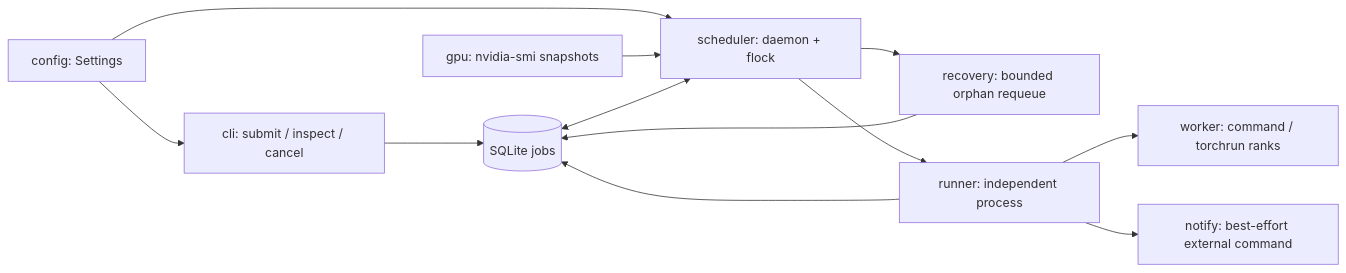
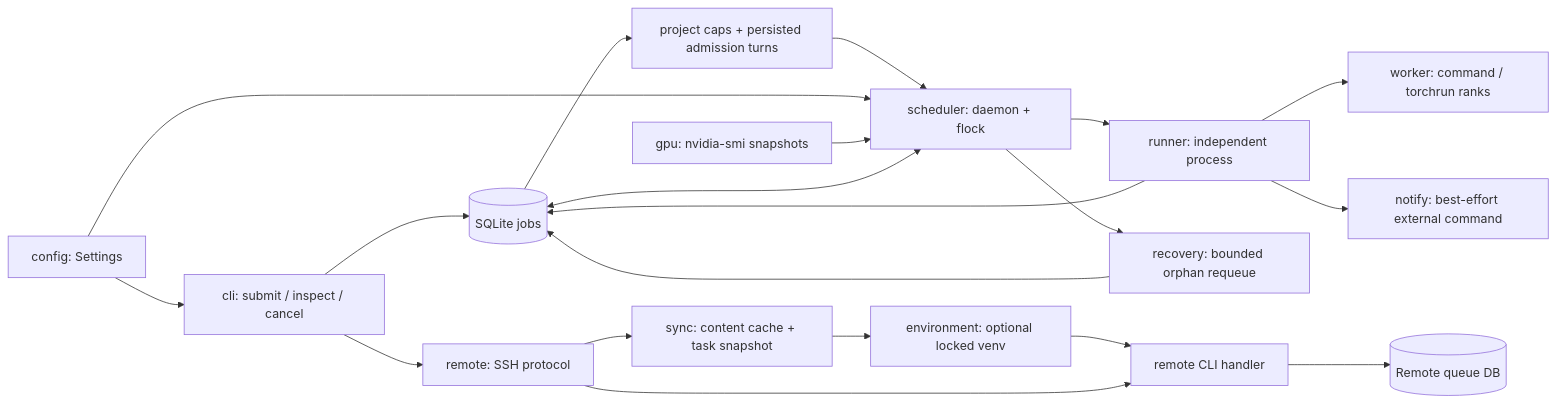
Before and after one commit to lzy248/gpuq: the diagram in docs/README.md, drawn with Mermaid. The commit also changed other lines of this file and 42 other files, not shown here.

Commit message:
Add SSH workspaces, fair project scheduling and local-time display

````diff
--- a/docs/README.md
+++ b/docs/README.md
@@ -20,14 +20,22 @@
 ```mermaid
 flowchart LR
   CLI[cli: submit / inspect / cancel] --> DB[(SQLite jobs)]
+  CLI --> SSH[remote: SSH protocol]
+  SSH --> Sync[sync: content cache + task snapshot]
+  Sync --> Env[environment: optional locked venv]
+  Env --> RemoteCLI[remote CLI handler]
+  SSH --> RemoteCLI
+  RemoteCLI --> RemoteDB[(Remote queue DB)]
+  DB --> Fair[project caps + persisted admission turns]
+  Fair --> Scheduler
   Config[config: Settings] --> CLI
   Config --> Scheduler[scheduler: daemon + flock]
   GPU[gpu: nvidia-smi snapshots] --> Scheduler
   DB <--> Scheduler
   Scheduler --> Recovery[recovery: bounded orphan requeue]
   Recovery --> DB
   Scheduler --> Runner[runner: independent process]
   Runner --> Worker[worker: command / torchrun ranks]
   Runner --> DB
   Runner --> Notify[notify: best-effort external command]
 ```
````
